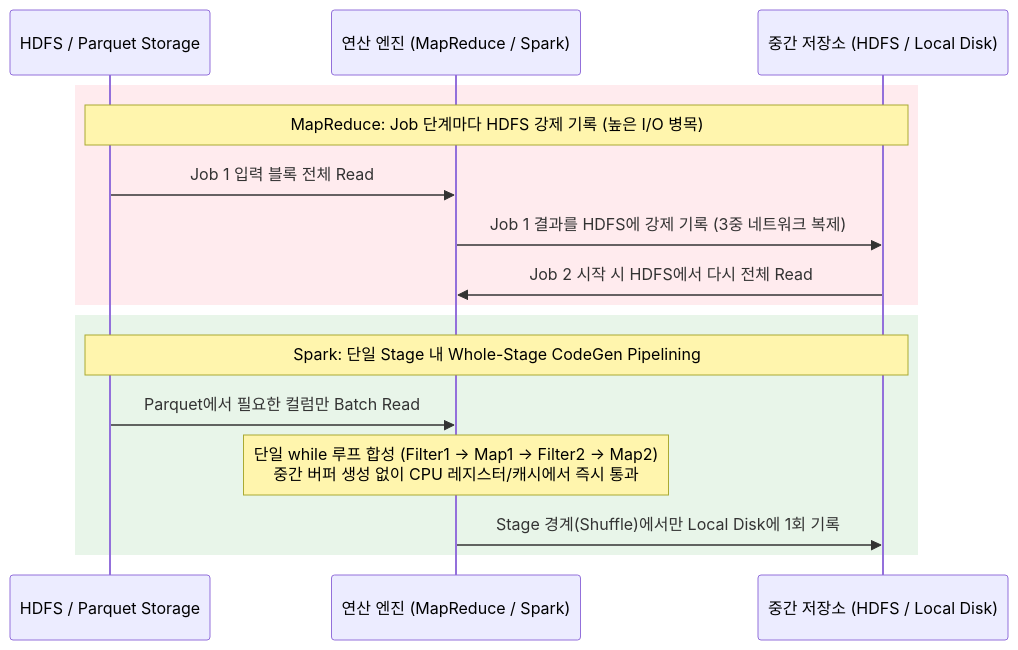
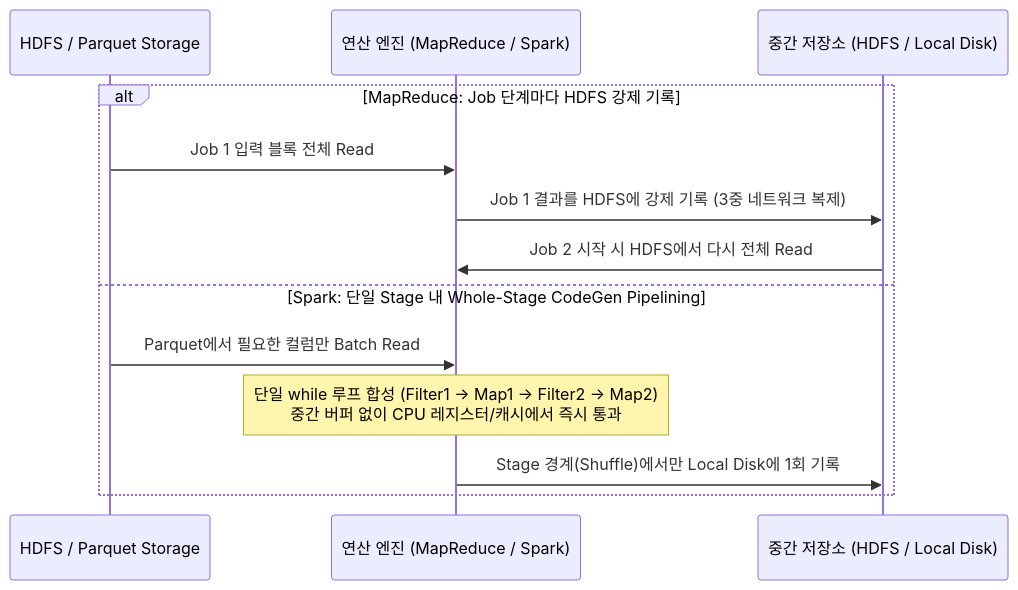
The fourth of 11 diagrams in docs/dbms/distributed/mapreduce-spark-and-distributed-db-internals.md (djpibo/djpibo.github.io), drawn with Mermaid before and after one commit. The commit also changed other lines of this file and 8 other files, not shown here.

Commit message:
style(mermaid): unify all diagrams to monochrome and remove colored rect boxes

````diff
--- a/docs/dbms/distributed/mapreduce-spark-and-distributed-db-internals.md
+++ b/docs/dbms/distributed/mapreduce-spark-and-distributed-db-internals.md
@@ -155,20 +145,16 @@
 ```mermaid
 sequenceDiagram
     participant Disk as HDFS / Parquet Storage
     participant Eng as 연산 엔진 (MapReduce / Spark)
     participant Mid as 중간 저장소 (HDFS / Local Disk)
 
-    rect rgb(255, 235, 238)
-        Note over Disk,Mid: MapReduce: Job 단계마다 HDFS 강제 기록 (높은 I/O 병목)
+    alt MapReduce: Job 단계마다 HDFS 강제 기록
         Disk->>Eng: Job 1 입력 블록 전체 Read
         Eng->>Mid: Job 1 결과를 HDFS에 강제 기록 (3중 네트워크 복제)
         Mid->>Eng: Job 2 시작 시 HDFS에서 다시 전체 Read
-    end
-
-    rect rgb(232, 245, 233)
-        Note over Disk,Mid: Spark: 단일 Stage 내 Whole-Stage CodeGen Pipelining
+    else Spark: 단일 Stage 내 Whole-Stage CodeGen Pipelining
         Disk->>Eng: Parquet에서 필요한 컬럼만 Batch Read
-        Note over Eng: 단일 while 루프 합성 (Filter1 -> Map1 -> Filter2 -> Map2)<br/>중간 버퍼 생성 없이 CPU 레지스터/캐시에서 즉시 통과
+        Note over Eng: 단일 while 루프 합성 (Filter1 -> Map1 -> Filter2 -> Map2)<br/>중간 버퍼 없이 CPU 레지스터/캐시에서 즉시 통과
         Eng->>Mid: Stage 경계(Shuffle)에서만 Local Disk에 1회 기록
     end
 ```
````
